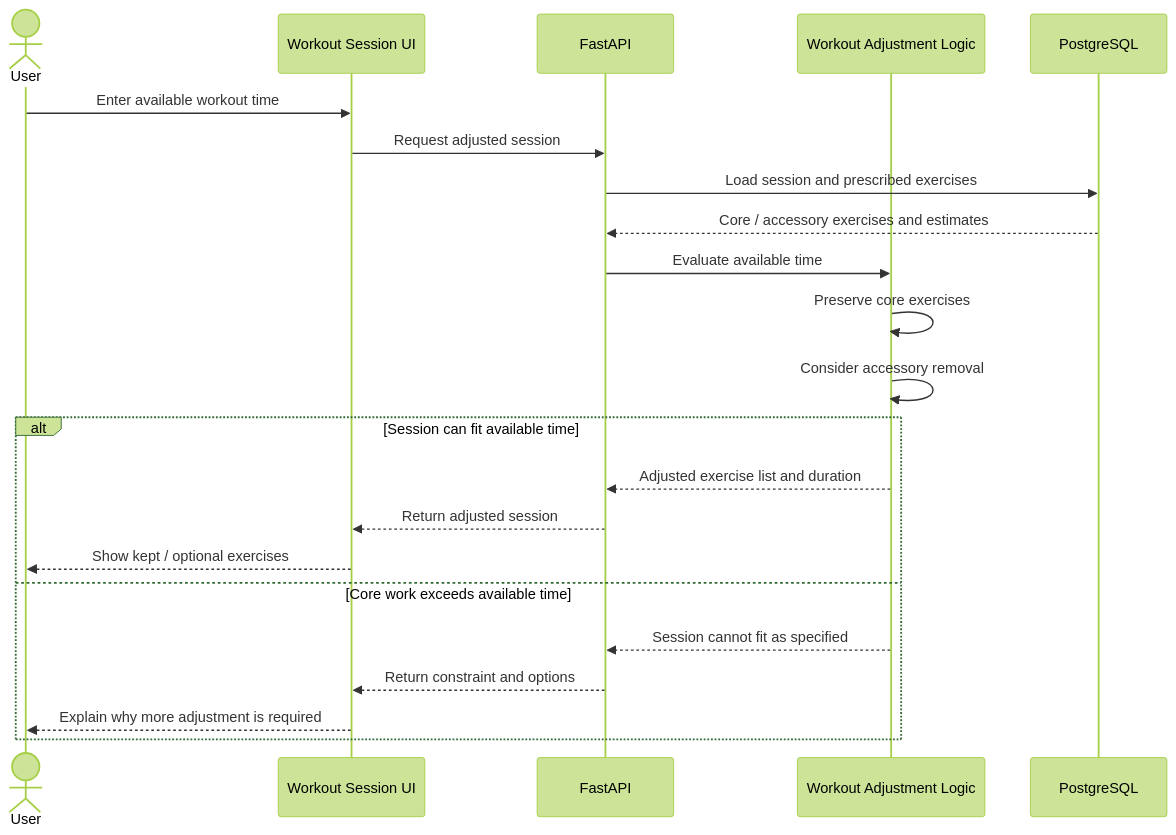
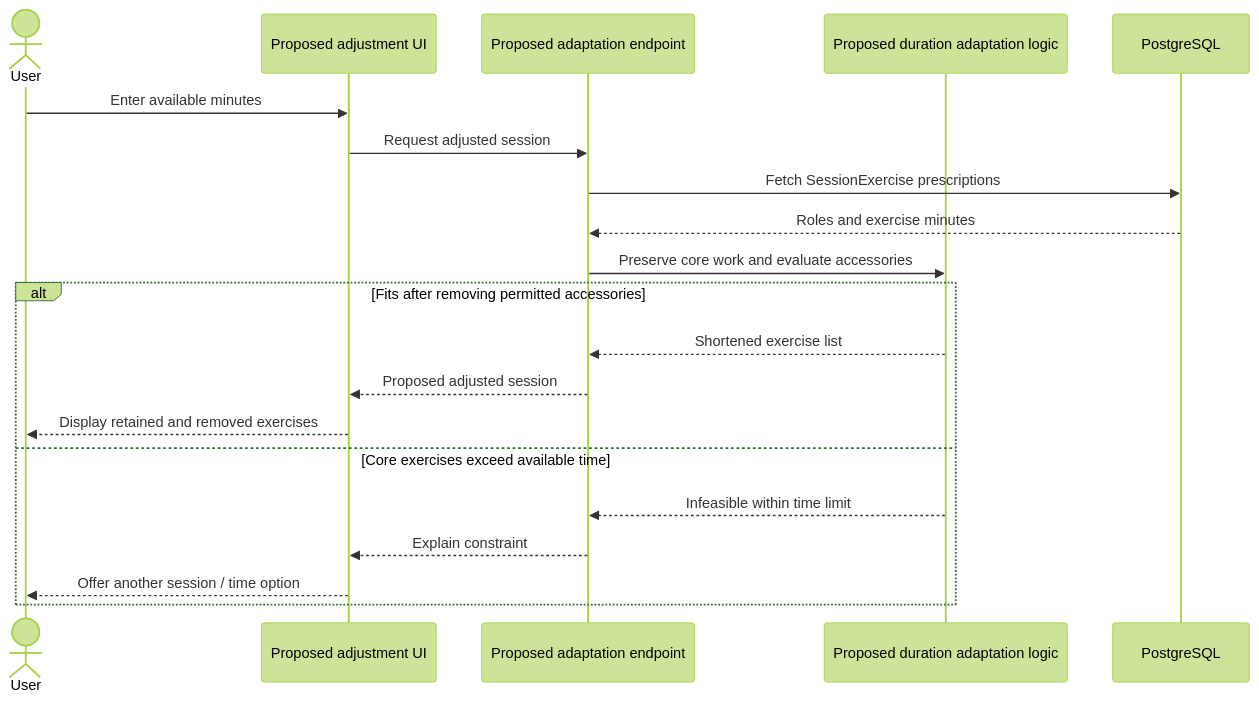
The fifth of 7 diagrams in milestones/m2/high-lvl-uml.md (SFSU-CSC648-TeamOne/SFSU-csc648-06-Fall26-team01), drawn with Mermaid (forest theme) before and after one commit. The commit also changed other lines of this file and 1 other file, not shown here.

Commit message:
Updated archtecture and high-lvl-uml to reflect recent changes to repo.

````diff
--- a/milestones/m2/high-lvl-uml.md
+++ b/milestones/m2/high-lvl-uml.md
@@ -144,26 +191,22 @@
 ```mermaid
 sequenceDiagram
     actor User
-    participant UI as Workout Session UI
-    participant API as FastAPI
-    participant Logic as Workout Adjustment Logic
+    participant UI as Proposed adjustment UI
+    participant API as Proposed adaptation endpoint
+    participant Rules as Proposed duration adaptation logic
     participant DB as PostgreSQL
-
-    User->>UI: Enter available workout time
+    User->>UI: Enter available minutes
     UI->>API: Request adjusted session
-    API->>DB: Load session and prescribed exercises
-    DB-->>API: Core / accessory exercises and estimates
-    API->>Logic: Evaluate available time
-    Logic->>Logic: Preserve core exercises
-    Logic->>Logic: Consider accessory removal
-
-    alt Session can fit available time
-        Logic-->>API: Adjusted exercise list and duration
-        API-->>UI: Return adjusted session
-        UI-->>User: Show kept / optional exercises
-    else Core work exceeds available time
-        Logic-->>API: Session cannot fit as specified
-        API-->>UI: Return constraint and options
-        UI-->>User: Explain why more adjustment is required
+    API->>DB: Fetch SessionExercise prescriptions
+    DB-->>API: Roles and exercise minutes
+    API->>Rules: Preserve core work and evaluate accessories
+    alt Fits after removing permitted accessories
+        Rules-->>API: Shortened exercise list
+        API-->>UI: Proposed adjusted session
+        UI-->>User: Display retained and removed exercises
+    else Core exercises exceed available time
+        Rules-->>API: Infeasible within time limit
+        API-->>UI: Explain constraint
+        UI-->>User: Offer another session / time option
     end
 ```
````
